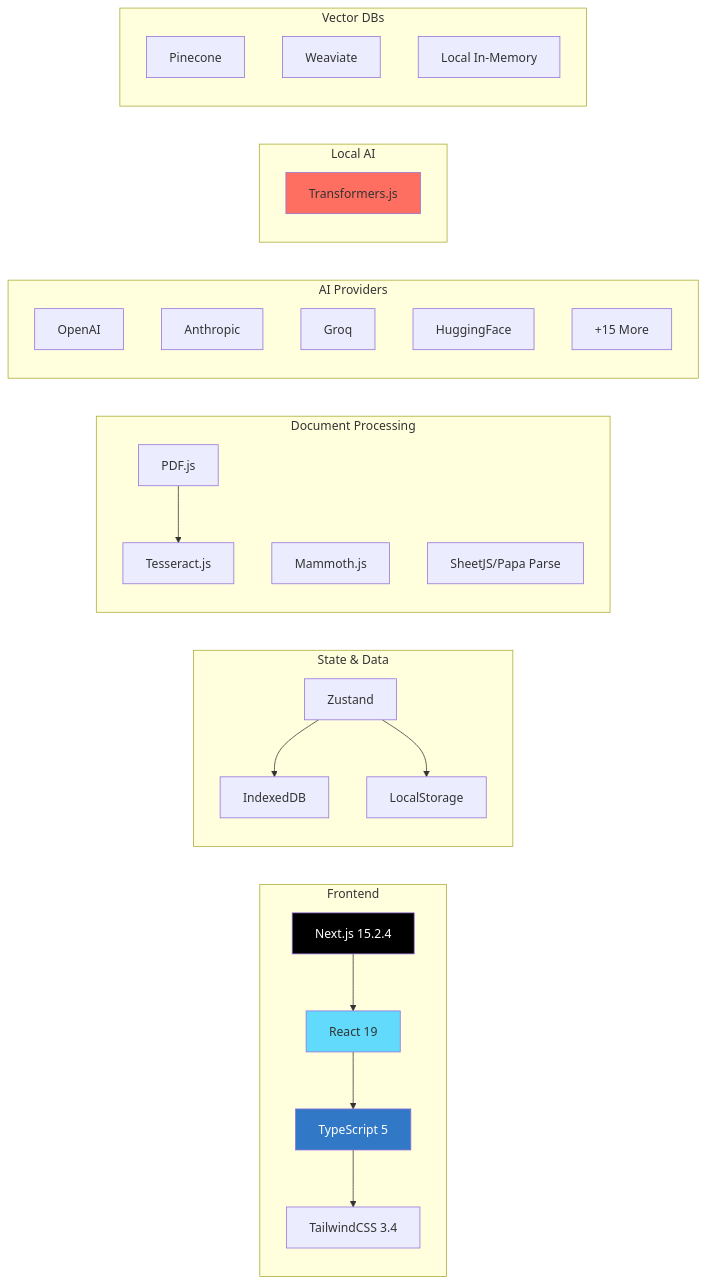
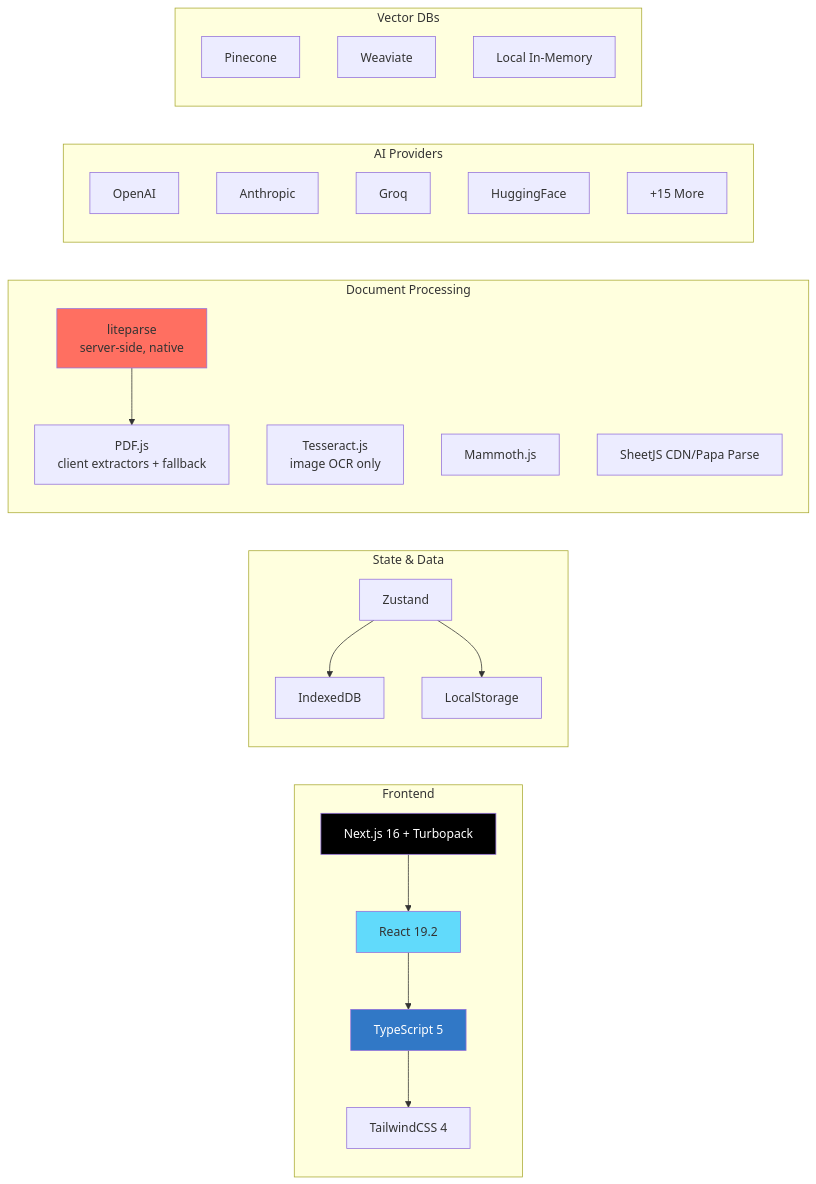
Before and after one commit to Kedhareswer/QuantumPDF_ChatApp_VectorDB: the second of 14 diagrams in docs/ARCHITECTURE_FLOWS.md, drawn with Mermaid. The commit also changed other lines of this file and 15 other files, not shown here.

First line of the commit message:
docs: reconcile all docs with the liteparse architecture; remove dead files

````diff
--- a/docs/ARCHITECTURE_FLOWS.md
+++ b/docs/ARCHITECTURE_FLOWS.md
@@ -89,52 +89,49 @@
 ```mermaid
 graph LR
     subgraph "Frontend"
-        NEXT[Next.js 15.2.4]
-        REACT[React 19]
+        NEXT[Next.js 16 + Turbopack]
+        REACT[React 19.2]
         TS[TypeScript 5]
-        TAIL[TailwindCSS 3.4]
+        TAIL[TailwindCSS 4]
     end
 
     subgraph "State & Data"
         ZUS[Zustand]
         IDB[IndexedDB]
         LOCAL[LocalStorage]
     end
 
     subgraph "Document Processing"
-        PDFJS[PDF.js]
-        TESS[Tesseract.js]
+        LITE[liteparse<br/>server-side, native]
+        PDFJS[PDF.js<br/>client extractors + fallback]
+        TESS[Tesseract.js<br/>image OCR only]
         MAMMOTH[Mammoth.js]
-        SHEETJS[SheetJS/Papa Parse]
+        SHEETJS[SheetJS CDN/Papa Parse]
     end
 
     subgraph "AI Providers"
         OAI[OpenAI]
         ANT[Anthropic]
         GROQ[Groq]
         HF[HuggingFace]
         MORE[+15 More]
-    end
-
-    subgraph "Local AI"
-        TRANS[Transformers.js]
     end
 
     subgraph "Vector DBs"
         PINE[Pinecone]
         WEAV[Weaviate]
         MEM[Local In-Memory]
     end
 
     NEXT --> REACT
     REACT --> TS
     TS --> TAIL
     ZUS --> IDB
     ZUS --> LOCAL
-    PDFJS --> TESS
+    LITE --> PDFJS
 
     style NEXT fill:#000,color:#fff
     style REACT fill:#61dafb
     style TS fill:#3178c6,color:#fff
-    style TRANS fill:#ff6f61
+    style LITE fill:#ff6f61
 ```
````
